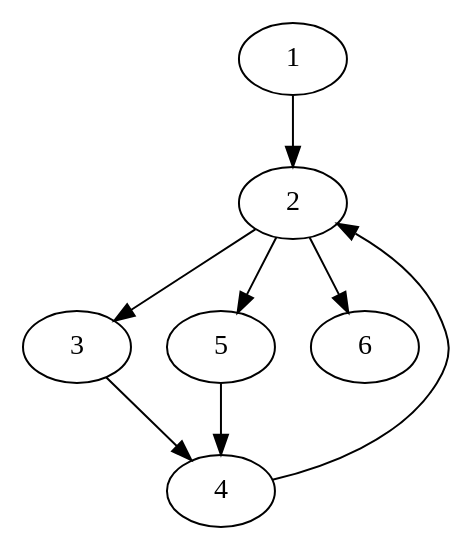
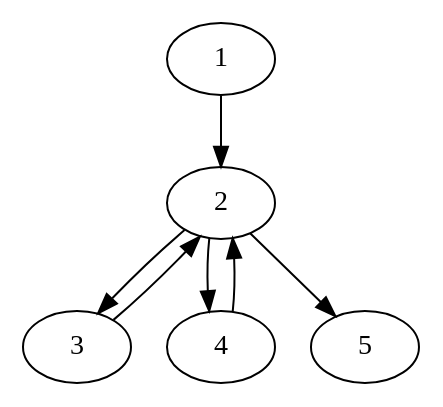
One commit to Rogielgit/GfcforTeste changed the diagram in graph.dot. Above: the diagram before and after it, drawn with Graphviz. The commit also changed 7 other files, not shown here.

```diff
--- a/graph.dot
+++ b/graph.dot
@@ -1,9 +1,8 @@
 digraph {
 2 -> 3
+3 -> 2
+2 -> 4
 4 -> 2
-3 -> 4
+1 -> 2
 2 -> 5
-5 -> 4
-1 -> 2
-2 -> 6
 }
```
